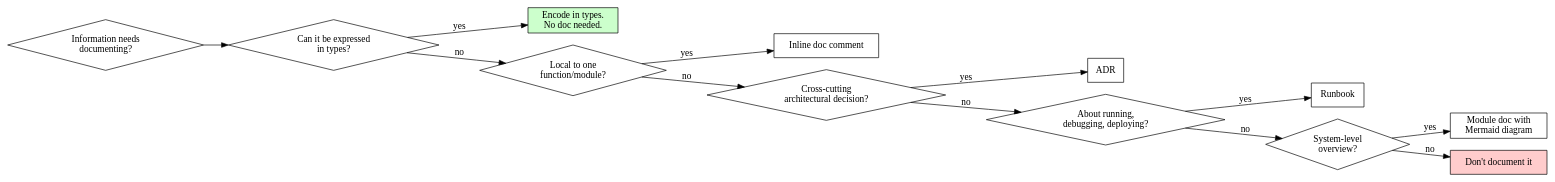
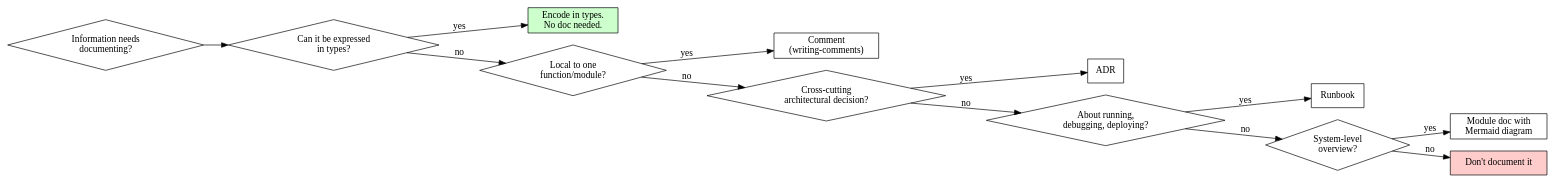
One commit to nickguletskii/jj-superpowers changed the diagram in skills/documentation/SKILL.md. Above: the diagram before and after it, drawn with Graphviz. The commit also changed other lines of this file and 113 other files, not shown here.

````diff
--- a/skills/documentation/SKILL.md
+++ b/skills/documentation/SKILL.md
@@ -94,29 +91,29 @@
 ```dot
 digraph doc_form {
     rankdir=LR;
     info [label="Information needs\ndocumenting?" shape=diamond];
     types [label="Can it be expressed\nin types?" shape=diamond];
     encode [label="Encode in types.\nNo doc needed." shape=box style=filled fillcolor="#ccffcc"];
     local [label="Local to one\nfunction/module?" shape=diamond];
-    inline [label="Inline doc comment" shape=box];
+    inline [label="Comment\n(writing-comments)" shape=box];
     xcut [label="Cross-cutting\narchitectural decision?" shape=diamond];
     adr [label="ADR" shape=box];
     ops [label="About running,\ndebugging, deploying?" shape=diamond];
     runbook [label="Runbook" shape=box];
     sys [label="System-level\noverview?" shape=diamond];
     mermaid [label="Module doc with\nMermaid diagram" shape=box];
     nodoc [label="Don't document it" shape=box style=filled fillcolor="#ffcccc"];
 
     info -> types;
     types -> encode [label="yes"];
     types -> local [label="no"];
     local -> inline [label="yes"];
     local -> xcut [label="no"];
     xcut -> adr [label="yes"];
     xcut -> ops [label="no"];
     ops -> runbook [label="yes"];
     ops -> sys [label="no"];
     sys -> mermaid [label="yes"];
     sys -> nodoc [label="no"];
 }
 ```
````
